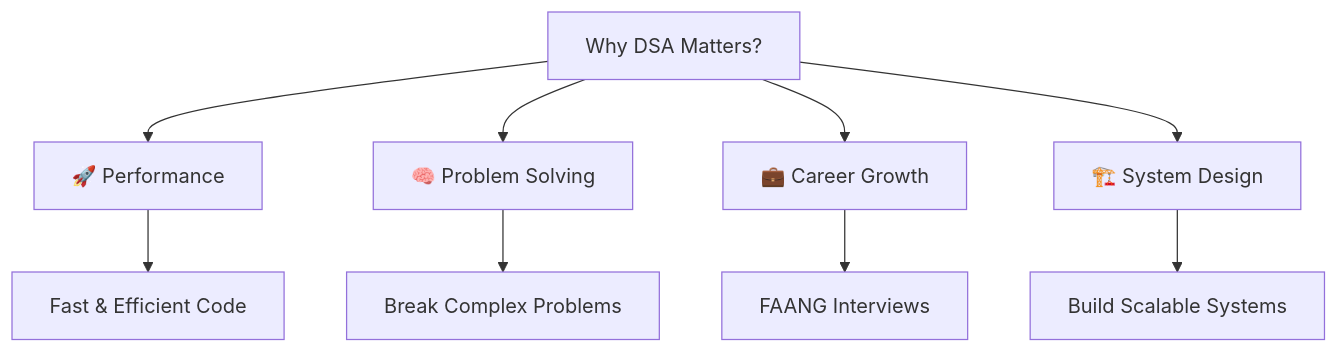
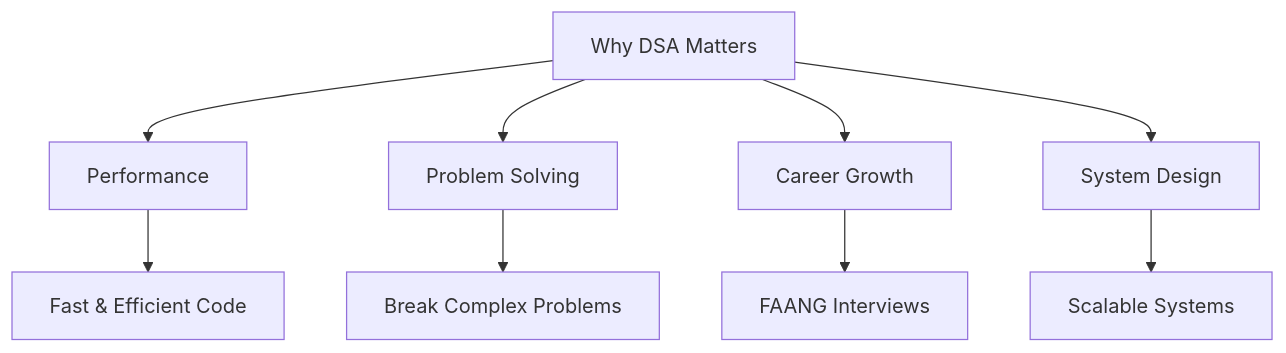
One commit to Kshitijgul/Notes changed the second of 12 diagrams in DSA/01-Introduction.md. Above: the diagram before and after it, drawn with Mermaid. The commit also changed other lines of this file and 1 other file, not shown here.

Commit message:
Update dsa notes

````diff
--- a/DSA/01-Introduction.md
+++ b/DSA/01-Introduction.md
@@ -175,12 +225,12 @@
 ```mermaid
 flowchart TD
-    A[Why DSA Matters?] --> B[🚀 Performance]
-    A --> C[🧠 Problem Solving]
-    A --> D[💼 Career Growth]
-    A --> E[🏗️ System Design]
-    
+    A[Why DSA Matters] --> B[Performance]
+    A --> C[Problem Solving]
+    A --> D[Career Growth]
+    A --> E[System Design]
+
     B --> B1[Fast & Efficient Code]
     C --> C1[Break Complex Problems]
     D --> D1[FAANG Interviews]
-    E --> E1[Build Scalable Systems]
+    E --> E1[Scalable Systems]
 ```
````
